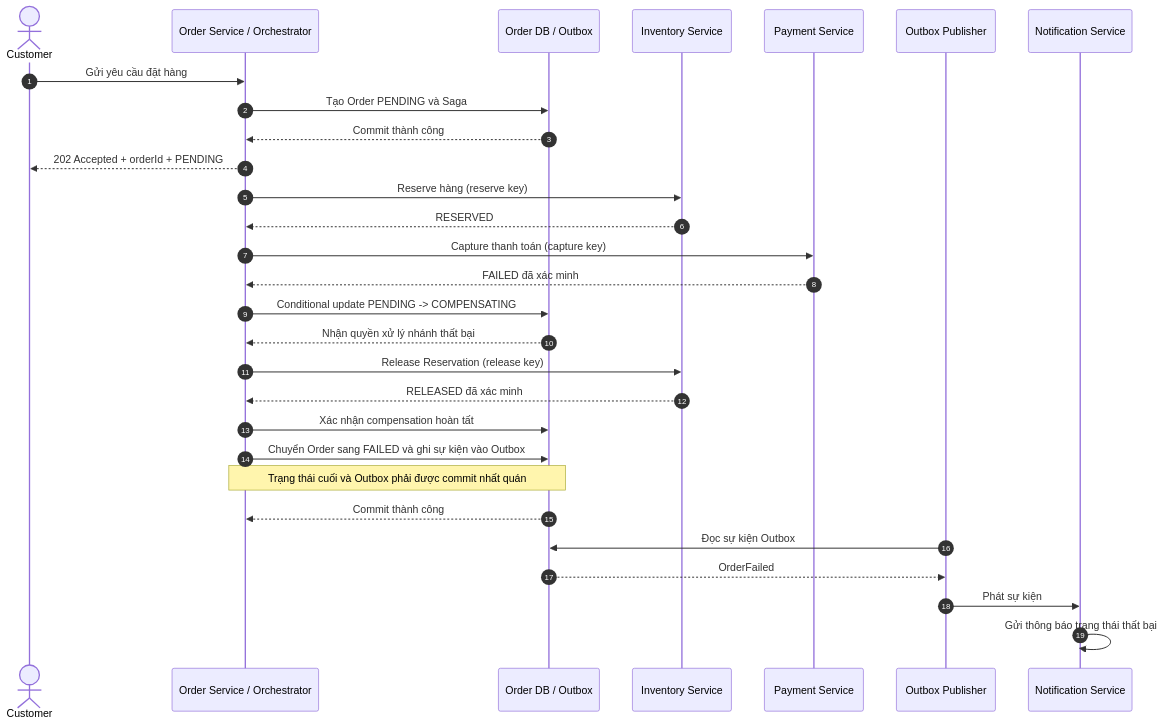
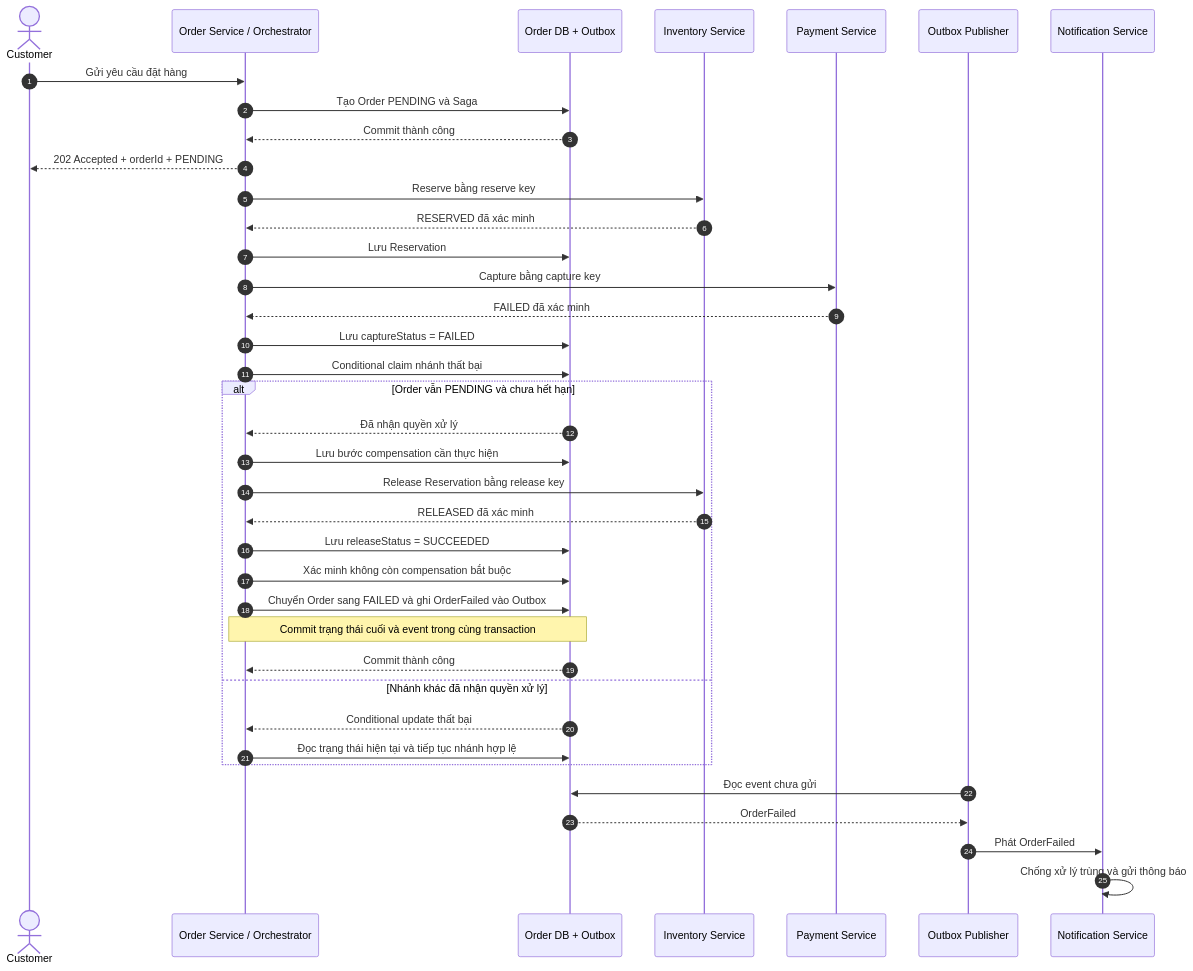
The third of 8 diagrams in docs/architecture/11-sequence-diagrams.md (nguyenthihuyenlinh236/SE2026-T02-Resilient-Order-Workflow), drawn with Mermaid before and after one commit. The commit also changed other lines of this file, not shown here.

````diff
--- a/docs/architecture/11-sequence-diagrams.md
+++ b/docs/architecture/11-sequence-diagrams.md
@@ -139,38 +159,45 @@
 ```mermaid
 sequenceDiagram
     autonumber
     actor C as Customer
     participant O as Order Service / Orchestrator
-    participant DB as Order DB / Outbox
+    participant DB as Order DB + Outbox
     participant I as Inventory Service
     participant P as Payment Service
     participant PUB as Outbox Publisher
     participant N as Notification Service
 
     C->>O: Gửi yêu cầu đặt hàng
     O->>DB: Tạo Order PENDING và Saga
     DB-->>O: Commit thành công
     O-->>C: 202 Accepted + orderId + PENDING
 
-    O->>I: Reserve hàng (reserve key)
-    I-->>O: RESERVED
+    O->>I: Reserve bằng reserve key
+    I-->>O: RESERVED đã xác minh
+    O->>DB: Lưu Reservation
 
-    O->>P: Capture thanh toán (capture key)
+    O->>P: Capture bằng capture key
     P-->>O: FAILED đã xác minh
+    O->>DB: Lưu captureStatus = FAILED
 
-    O->>DB: Conditional update PENDING -> COMPENSATING
-    DB-->>O: Nhận quyền xử lý nhánh thất bại
+    O->>DB: Conditional claim nhánh thất bại
+    alt Order vẫn PENDING và chưa hết hạn
+        DB-->>O: Đã nhận quyền xử lý
+        O->>DB: Lưu bước compensation cần thực hiện
+        O->>I: Release Reservation bằng release key
+        I-->>O: RELEASED đã xác minh
+        O->>DB: Lưu releaseStatus = SUCCEEDED
+        O->>DB: Xác minh không còn compensation bắt buộc
+        O->>DB: Chuyển Order sang FAILED và ghi OrderFailed vào Outbox
+        Note over O,DB: Commit trạng thái cuối và event trong cùng transaction
+        DB-->>O: Commit thành công
+    else Nhánh khác đã nhận quyền xử lý
+        DB-->>O: Conditional update thất bại
+        O->>DB: Đọc trạng thái hiện tại và tiếp tục nhánh hợp lệ
+    end
 
-    O->>I: Release Reservation (release key)
-    I-->>O: RELEASED đã xác minh
-
-    O->>DB: Xác nhận compensation hoàn tất
-    O->>DB: Chuyển Order sang FAILED và ghi sự kiện vào Outbox
-    Note over O,DB: Trạng thái cuối và Outbox phải được commit nhất quán
-    DB-->>O: Commit thành công
-
-    PUB->>DB: Đọc sự kiện Outbox
+    PUB->>DB: Đọc event chưa gửi
     DB-->>PUB: OrderFailed
-    PUB->>N: Phát sự kiện
-    N->>N: Gửi thông báo trạng thái thất bại
+    PUB->>N: Phát OrderFailed
+    N->>N: Chống xử lý trùng và gửi thông báo
 ```
````
